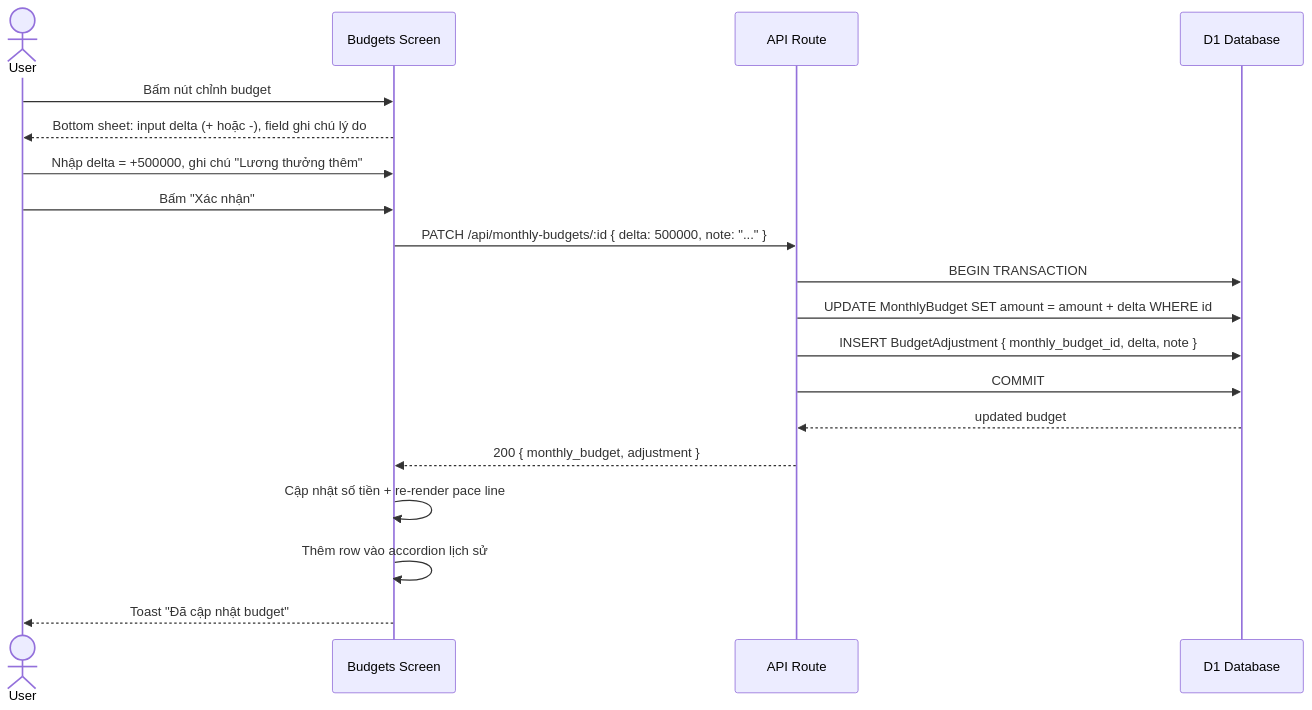
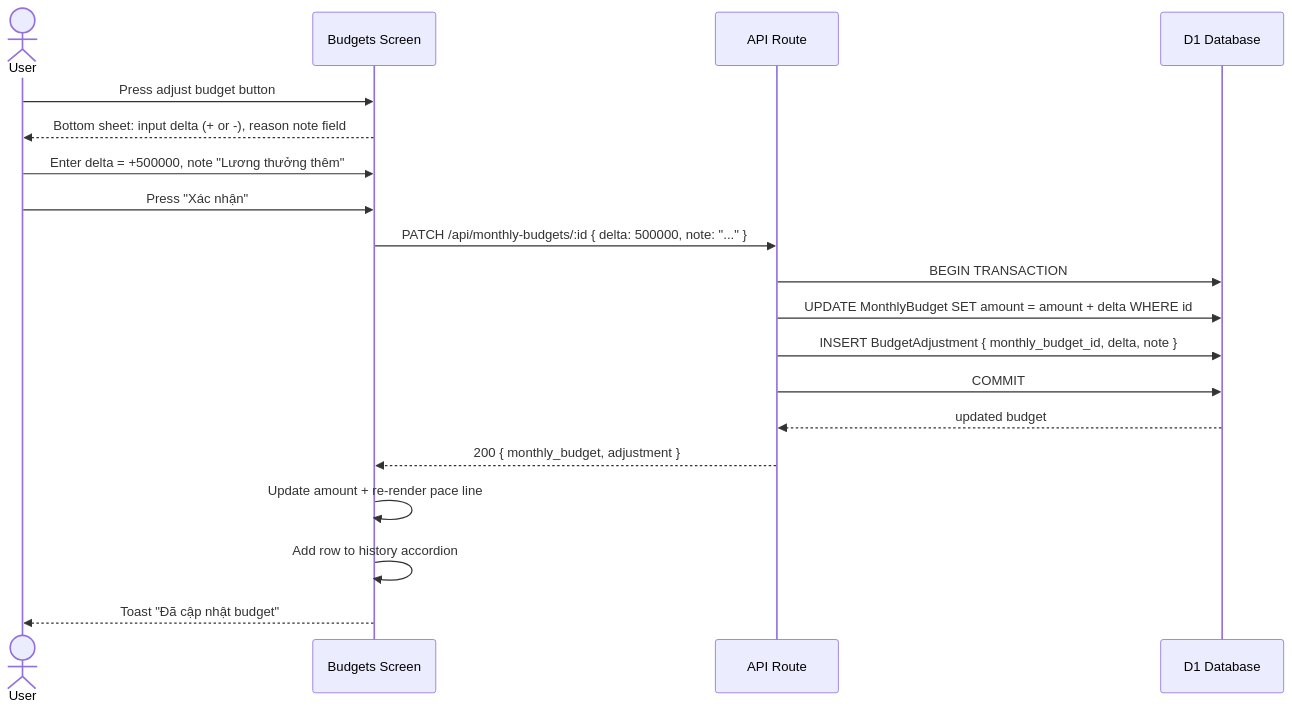
The fifth of 10 diagrams in docs/FLOWS.md (niits/personal-finance), drawn with Mermaid before and after one commit. The commit also changed other lines of this file and 3 other files, not shown here.

````diff
--- a/docs/FLOWS.md
+++ b/docs/FLOWS.md
@@ -146,24 +146,24 @@
 ```mermaid
 sequenceDiagram
     actor User
     participant Budgets as Budgets Screen
     participant API as API Route
     participant DB as D1 Database
 
-    User->>Budgets: Bấm nút chỉnh budget
-    Budgets-->>User: Bottom sheet: input delta (+ hoặc -), field ghi chú lý do
+    User->>Budgets: Press adjust budget button
+    Budgets-->>User: Bottom sheet: input delta (+ or -), reason note field
 
-    User->>Budgets: Nhập delta = +500000, ghi chú "Lương thưởng thêm"
-    User->>Budgets: Bấm "Xác nhận"
+    User->>Budgets: Enter delta = +500000, note "Lương thưởng thêm"
+    User->>Budgets: Press "Xác nhận"
 
     Budgets->>API: PATCH /api/monthly-budgets/:id { delta: 500000, note: "..." }
     API->>DB: BEGIN TRANSACTION
     API->>DB: UPDATE MonthlyBudget SET amount = amount + delta WHERE id
     API->>DB: INSERT BudgetAdjustment { monthly_budget_id, delta, note }
     API->>DB: COMMIT
     DB-->>API: updated budget
     API-->>Budgets: 200 { monthly_budget, adjustment }
-    Budgets->>Budgets: Cập nhật số tiền + re-render pace line
-    Budgets->>Budgets: Thêm row vào accordion lịch sử
+    Budgets->>Budgets: Update amount + re-render pace line
+    Budgets->>Budgets: Add row to history accordion
     Budgets-->>User: Toast "Đã cập nhật budget"
 ```
````
